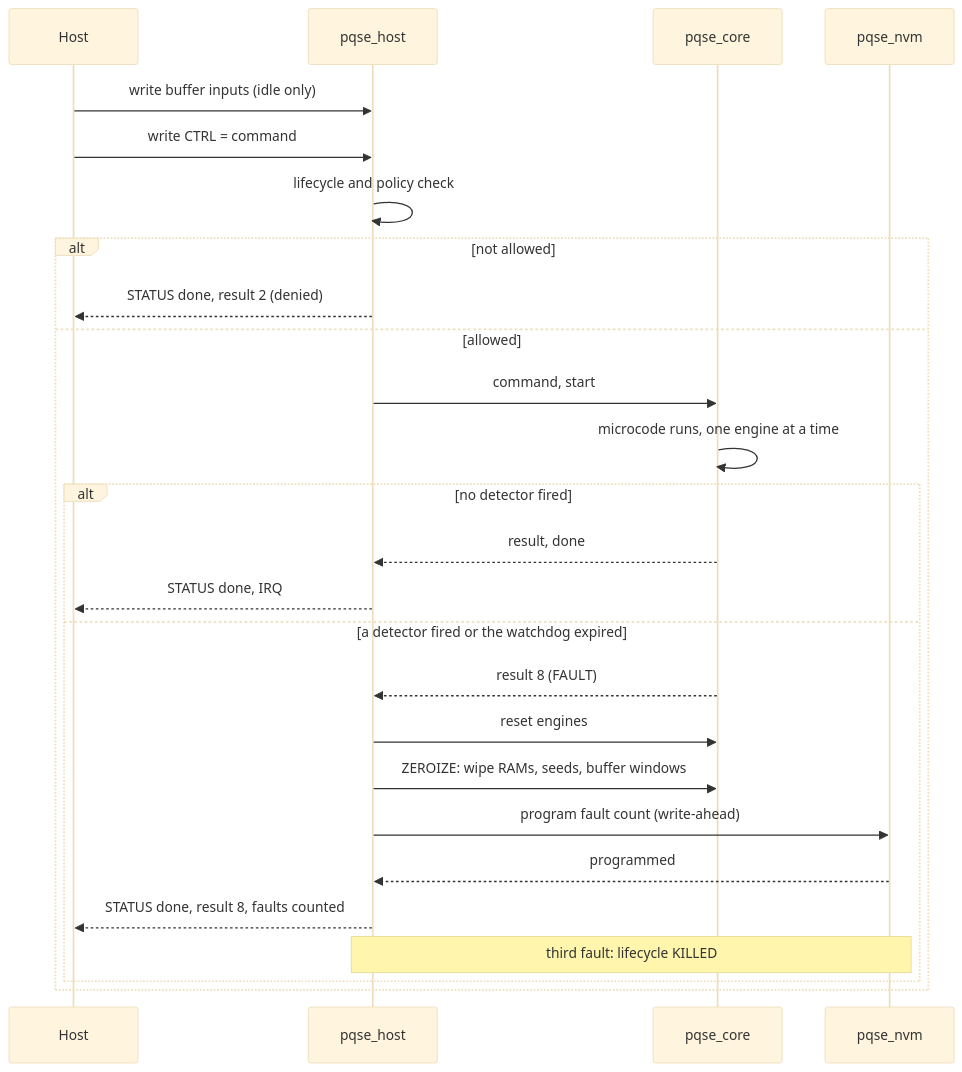
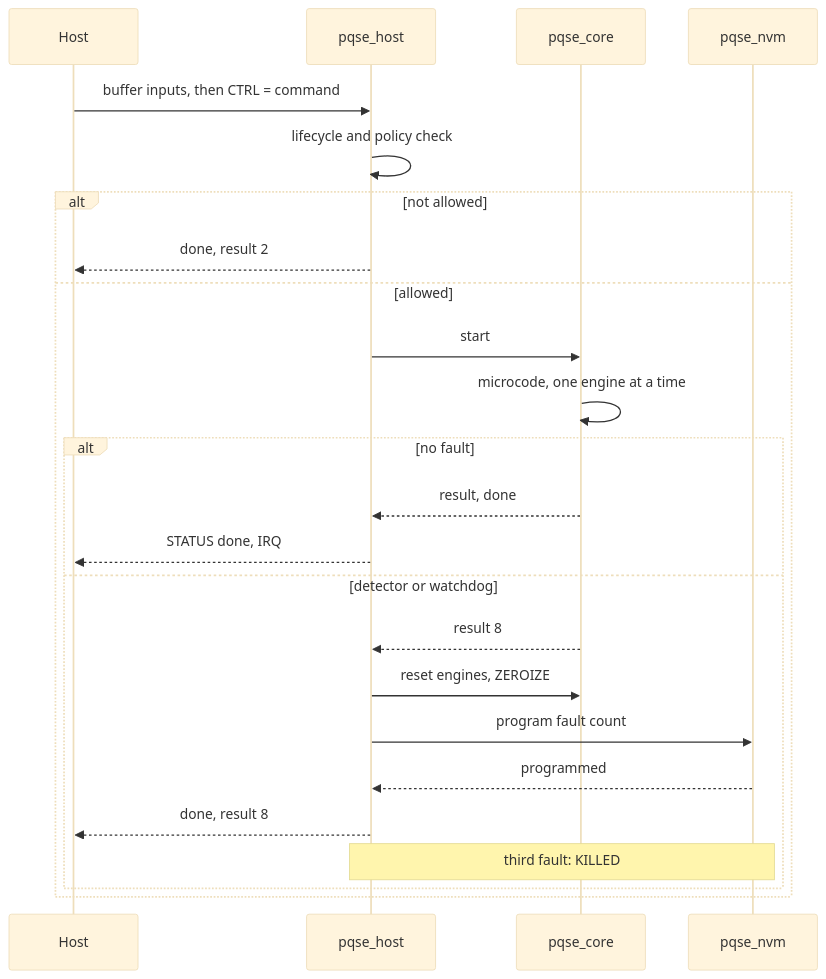
One commit to DH1252/mlkem_hls changed the seventh of 12 diagrams in docs/PQSE_diagrams.md. Above: the diagram before and after it, drawn with Mermaid (base theme). The commit also changed other lines of this file, not shown here.

First line of the commit message:
docs: restructure the diagrams, straight edges, plainer text

````diff
--- a/docs/PQSE_diagrams.md
+++ b/docs/PQSE_diagrams.md
@@ -215,28 +242,26 @@
 ```mermaid
 sequenceDiagram
     participant H as Host
     participant P as pqse_host
     participant C as pqse_core
     participant N as pqse_nvm
-    H->>P: write buffer inputs (idle only)
-    H->>P: write CTRL = command
+    H->>P: buffer inputs, then CTRL = command
     P->>P: lifecycle and policy check
     alt not allowed
-        P-->>H: STATUS done, result 2 (denied)
+        P-->>H: done, result 2
     else allowed
-        P->>C: command, start
-        C->>C: microcode runs, one engine at a time
-        alt no detector fired
+        P->>C: start
+        C->>C: microcode, one engine at a time
+        alt no fault
             C-->>P: result, done
             P-->>H: STATUS done, IRQ
-        else a detector fired or the watchdog expired
-            C-->>P: result 8 (FAULT)
-            P->>C: reset engines
-            P->>C: ZEROIZE: wipe RAMs, seeds, buffer windows
-            P->>N: program fault count (write-ahead)
+        else detector or watchdog
+            C-->>P: result 8
+            P->>C: reset engines, ZEROIZE
+            P->>N: program fault count
             N-->>P: programmed
-            P-->>H: STATUS done, result 8, faults counted
-            Note over P,N: third fault: lifecycle KILLED
+            P-->>H: done, result 8
+            Note over P,N: third fault: KILLED
         end
     end
 ```
````
